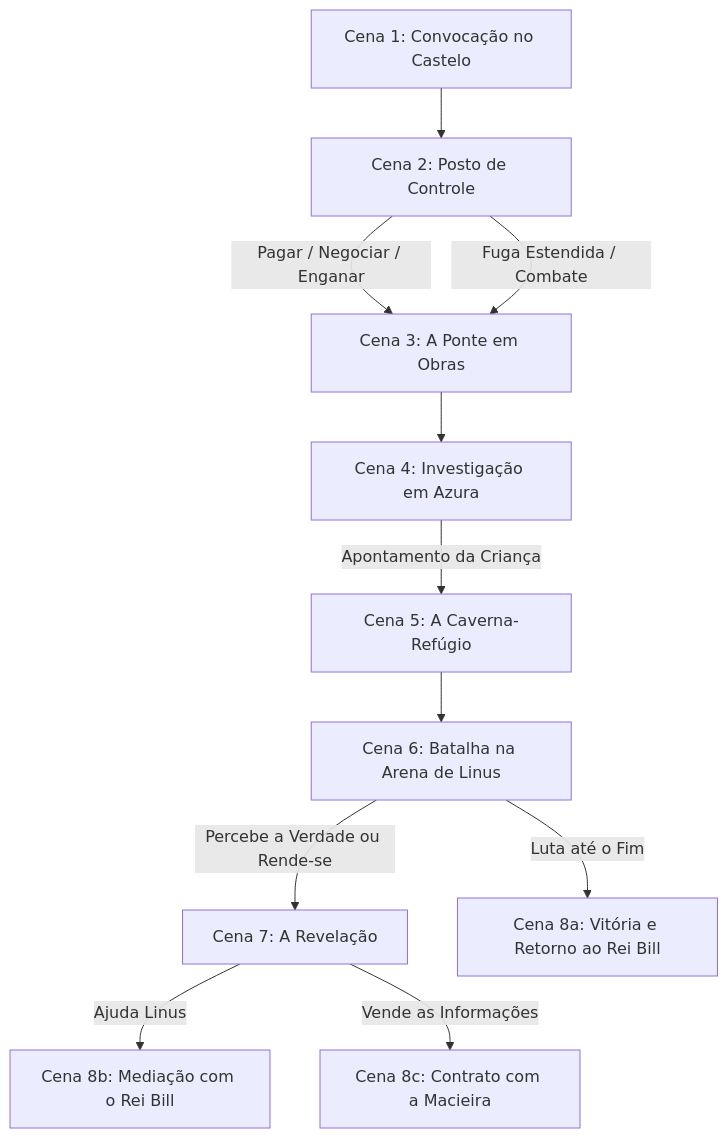
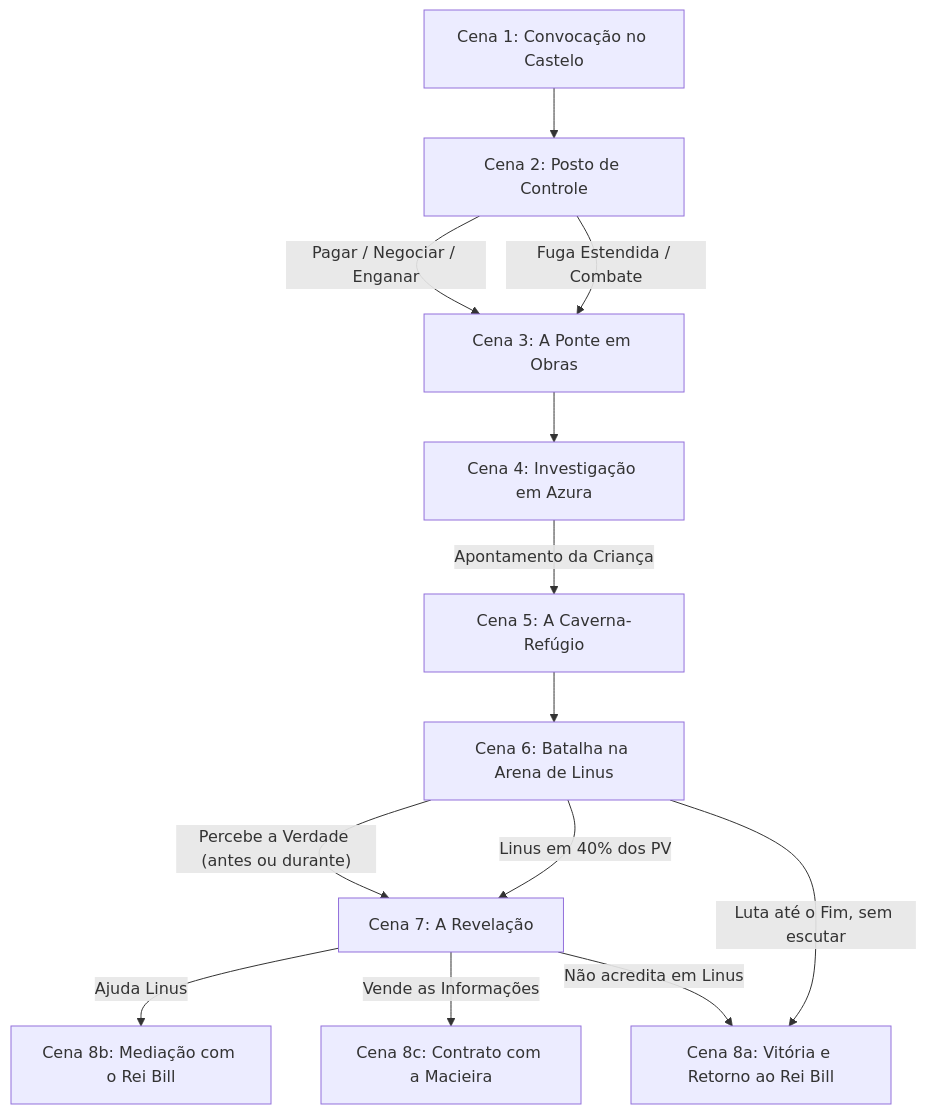
Before and after one commit to gabs-passarinho-garcia/obsidian: the second of 2 diagrams in RPG/Tormenta/Codigos_de_Liberdade/Rascunho.md, drawn with Mermaid. The commit also changed other lines of this file and 5 other files, not shown here.

````diff
--- a/RPG/Tormenta/Codigos_de_Liberdade/Rascunho.md
+++ b/RPG/Tormenta/Codigos_de_Liberdade/Rascunho.md
@@ -105,19 +192,19 @@
 ```mermaid
 graph TD
     C1[Cena 1: Convocação no Castelo] --> C2[Cena 2: Posto de Controle]
-    
+
     C2 -- "Pagar / Negociar / Enganar" --> C3[Cena 3: A Ponte em Obras]
     C2 -- "Fuga Estendida / Combate" --> C3
 
     C3 --> C4[Cena 4: Investigação em Azura]
-
     C4 -- "Apontamento da Criança" --> C5[Cena 5: A Caverna-Refúgio]
-
     C5 --> C6[Cena 6: Batalha na Arena de Linus]
 
-    C6 -- "Percebe a Verdade ou Rende-se" --> C7[Cena 7: A Revelação]
-    C6 -- "Luta até o Fim" --> C8A[Cena 8a: Vitória e Retorno ao Rei Bill]
+    C6 -- "Percebe a Verdade (antes ou durante)" --> C7[Cena 7: A Revelação]
+    C6 -- "Linus em 40% dos PV" --> C7
+    C6 -- "Luta até o Fim, sem escutar" --> C8A[Cena 8a: Vitória e Retorno ao Rei Bill]
 
     C7 -- "Ajuda Linus" --> C8B[Cena 8b: Mediação com o Rei Bill]
     C7 -- "Vende as Informações" --> C8C[Cena 8c: Contrato com a Macieira]
+    C7 -- "Não acredita em Linus" --> C8A
 ```
````
